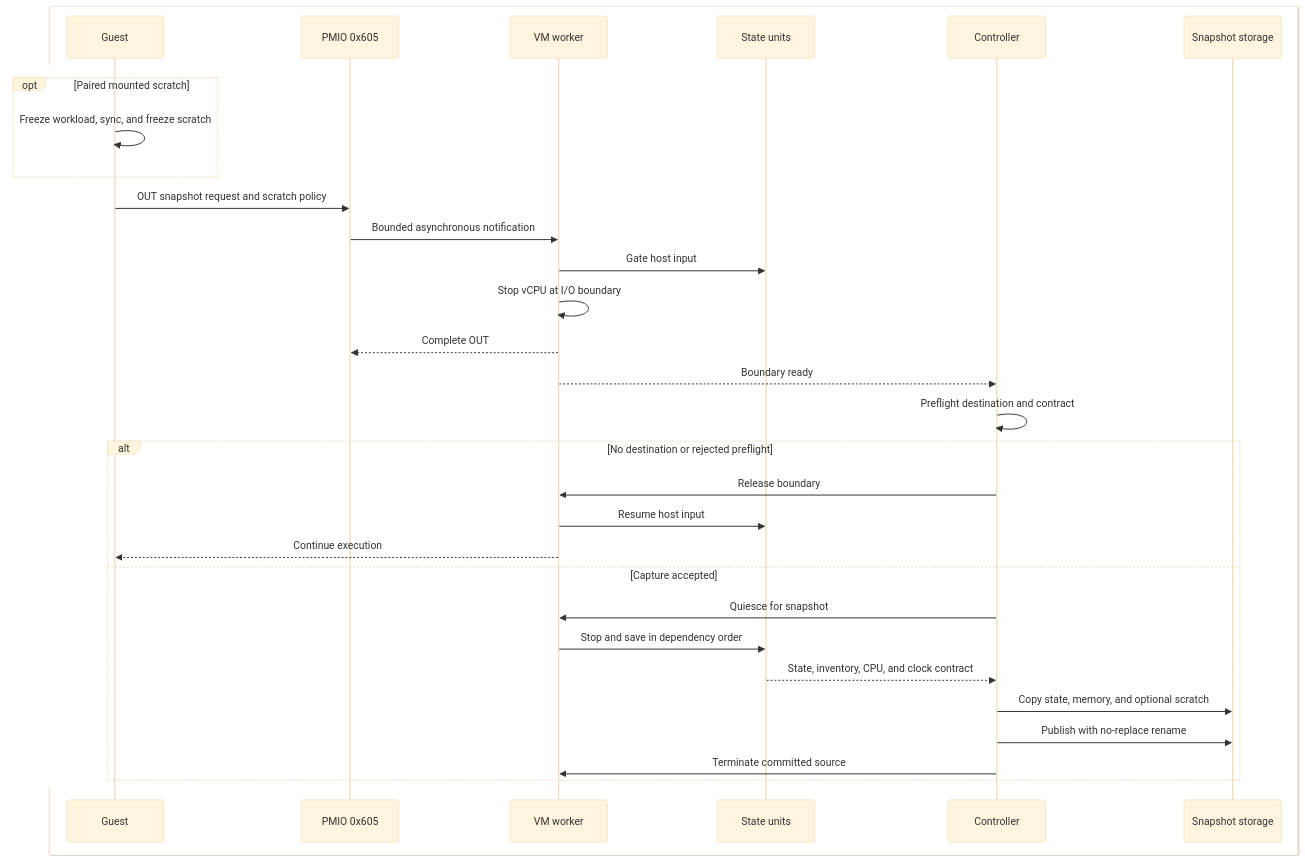
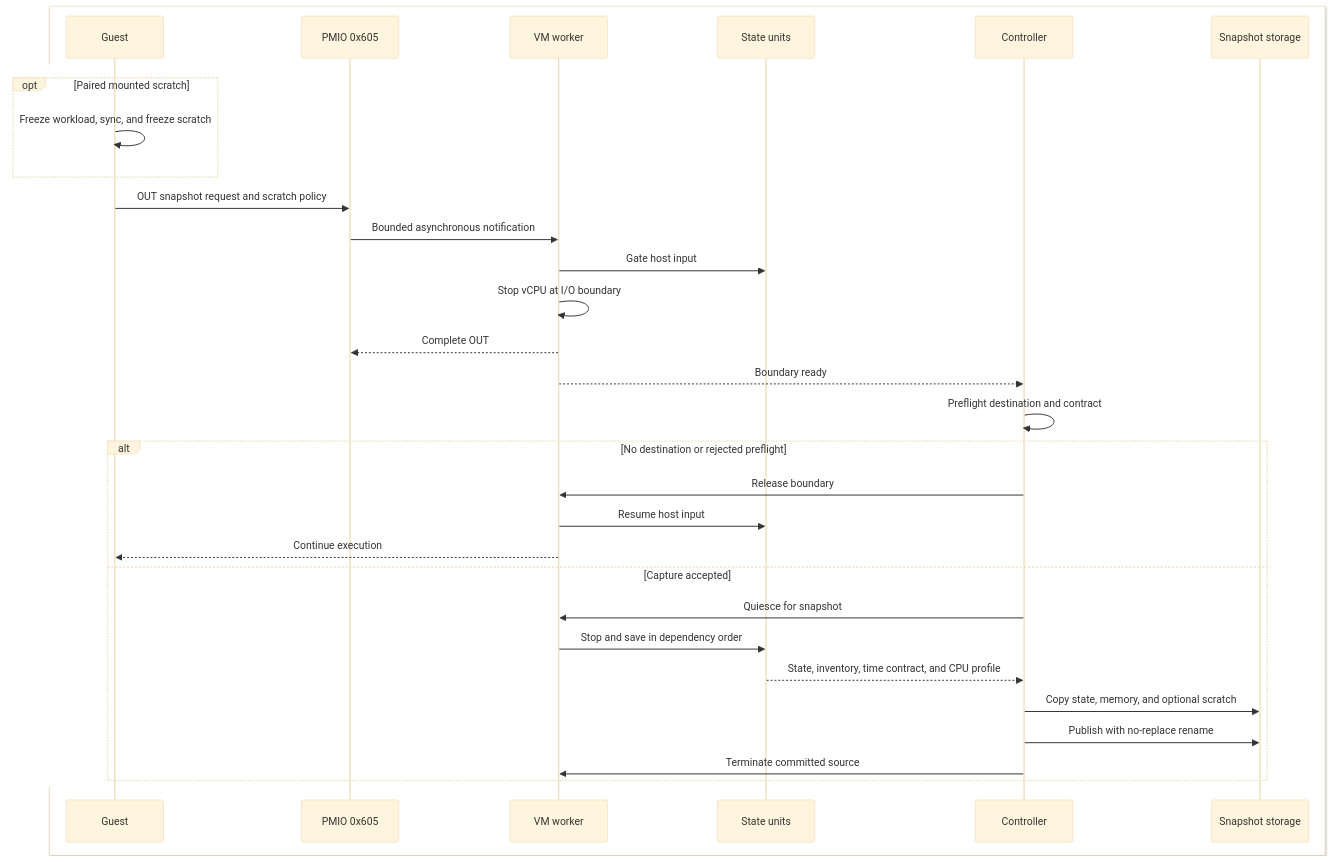
The first of 4 diagrams in doc/design/snapshot-and-restore.md (STUNSLAP/llllllllIl), drawn with Mermaid before and after one commit. The commit also changed other lines of this file and 4 other files, not shown here.

````diff
--- a/doc/design/snapshot-and-restore.md
+++ b/doc/design/snapshot-and-restore.md
@@ -66,37 +67,37 @@
 ```mermaid
 %%{init: {"theme": "base", "themeVariables": {"background": "#ffffff"}}}%%
 sequenceDiagram
    box rgb(255, 255, 255)
    participant Guest
    participant Port as PMIO 0x605
    participant Worker as VM worker
    participant Units as State units
    participant Controller
    participant Storage as Snapshot storage
    end
 
    rect rgb(255, 255, 255)
    opt Paired mounted scratch
       Guest->>Guest: Freeze workload, sync, and freeze scratch
    end
    Guest->>Port: OUT snapshot request and scratch policy
    Port->>Worker: Bounded asynchronous notification
    Worker->>Units: Gate host input
    Worker->>Worker: Stop vCPU at I/O boundary
    Worker-->>Port: Complete OUT
    Worker-->>Controller: Boundary ready
    Controller->>Controller: Preflight destination and contract
    alt No destination or rejected preflight
       Controller->>Worker: Release boundary
       Worker->>Units: Resume host input
       Worker-->>Guest: Continue execution
    else Capture accepted
       Controller->>Worker: Quiesce for snapshot
       Worker->>Units: Stop and save in dependency order
-      Units-->>Controller: State, inventory, CPU, and clock contract
+      Units-->>Controller: State, inventory, time contract, and CPU profile
       Controller->>Storage: Copy state, memory, and optional scratch
       Controller->>Storage: Publish with no-replace rename
       Controller->>Worker: Terminate committed source
    end
    end
 ```
````
